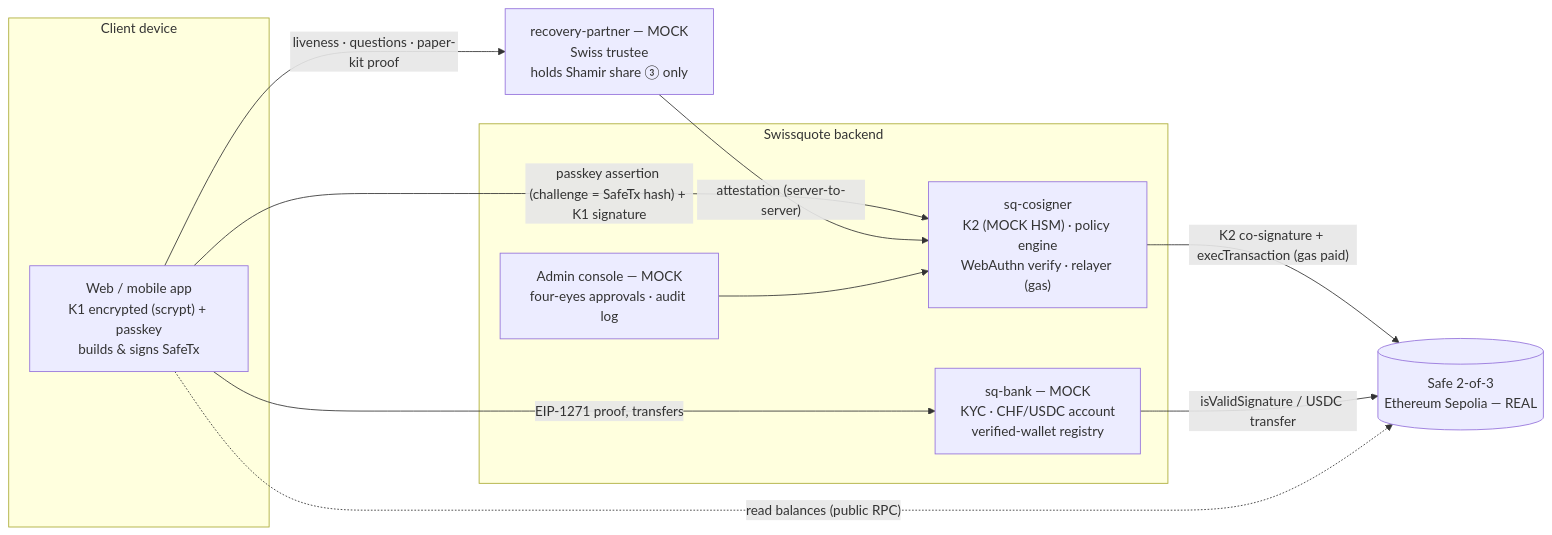
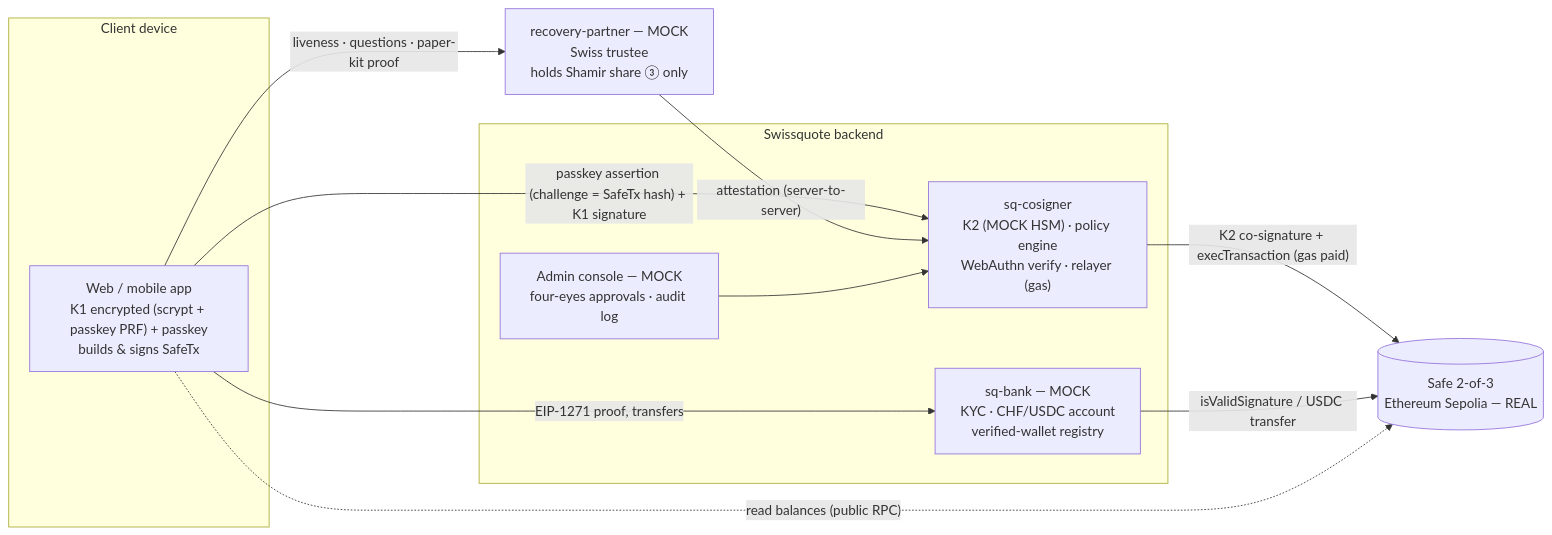
Before and after one commit to Nowa5005/EPFL-BSA-HACKATHON: the diagram in README.md, drawn with Mermaid. The commit also changed other lines of this file and 12 other files, not shown here.

````diff
--- a/README.md
+++ b/README.md
@@ -83,21 +83,21 @@
 ```mermaid
 flowchart LR
   subgraph Device [Client device]
-    W["Web / mobile app<br/>K1 encrypted (scrypt) + passkey<br/>builds & signs SafeTx"]
+    W["Web / mobile app<br/>K1 encrypted (scrypt + passkey PRF) + passkey<br/>builds & signs SafeTx"]
   end
   subgraph SQ [Swissquote backend]
     C["sq-cosigner<br/>K2 (MOCK HSM) · policy engine<br/>WebAuthn verify · relayer (gas)"]
     B["sq-bank — MOCK<br/>KYC · CHF/USDC account<br/>verified-wallet registry"]
     A["Admin console — MOCK<br/>four-eyes approvals · audit log"]
   end
   P["recovery-partner — MOCK<br/>Swiss trustee<br/>holds Shamir share ③ only"]
   S[("Safe 2-of-3<br/>Ethereum Sepolia — REAL")]
   W -- "passkey assertion (challenge = SafeTx hash) + K1 signature" --> C
   C -- "K2 co-signature + execTransaction (gas paid)" --> S
   W -- "liveness · questions · paper-kit proof" --> P
   P -- "attestation (server-to-server)" --> C
   W -- "EIP-1271 proof, transfers" --> B
   B -- "isValidSignature / USDC transfer" --> S
   A --> C
   W -. "read balances (public RPC)" .-> S
 ```
````
